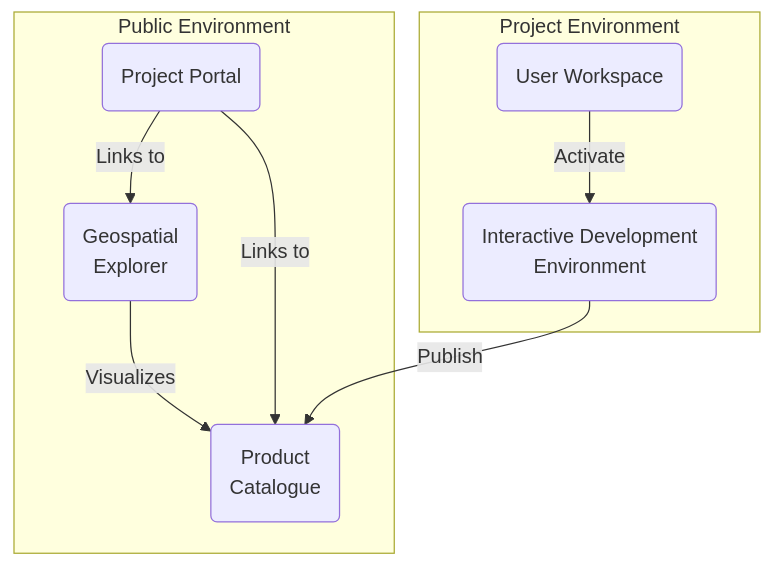
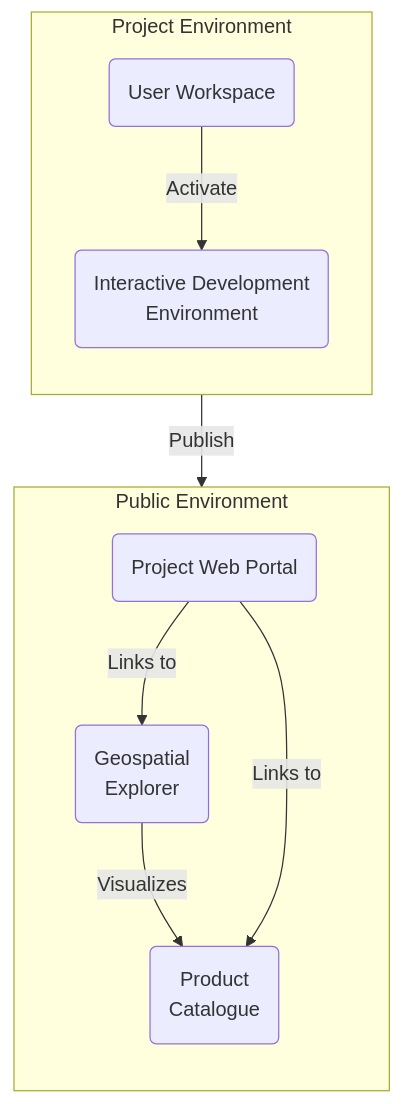
Before and after one commit to ESA-APEx/apex_documentation: the fourth of 5 diagrams in instantiation/usecases.qmd, drawn with Mermaid. The commit also changed other lines of this file and 9 other files, not shown here.

````diff
--- a/instantiation/usecases.qmd
+++ b/instantiation/usecases.qmd
@@ -182,21 +186,23 @@
 ```{mermaid}
 %%| label: fig-tools-usecase4
 %%| fig-cap: "APEx Project Environments - Data Analytics"
 flowchart TD ""
     subgraph Project Environment
+      direction TB
       UW(User Workspace) --> |Activate| IDE(Interactive Development<br/> Environment)
     end
     subgraph Public Environment
-      A(Project Portal) -->|Links to| B(Geospatial<br/>Explorer)
+      direction TB
+      A(Project Web Portal) -->|Links to| B(Geospatial<br/>Explorer)
       B -->|Visualizes| C(Product<br/>Catalogue)
       A -->|Links to| C
     end
 
     IDE -->|Publish| C
 
     class UW,IDE,A,B,C apexService
     click A href "./project_portal.html" _blank
     click B href "./geospatial_explorer.html" _blank
     click C href "./catalog.html" _blank
     click IDE href "./app_jupyterlab.html" _blank
 ```
````
